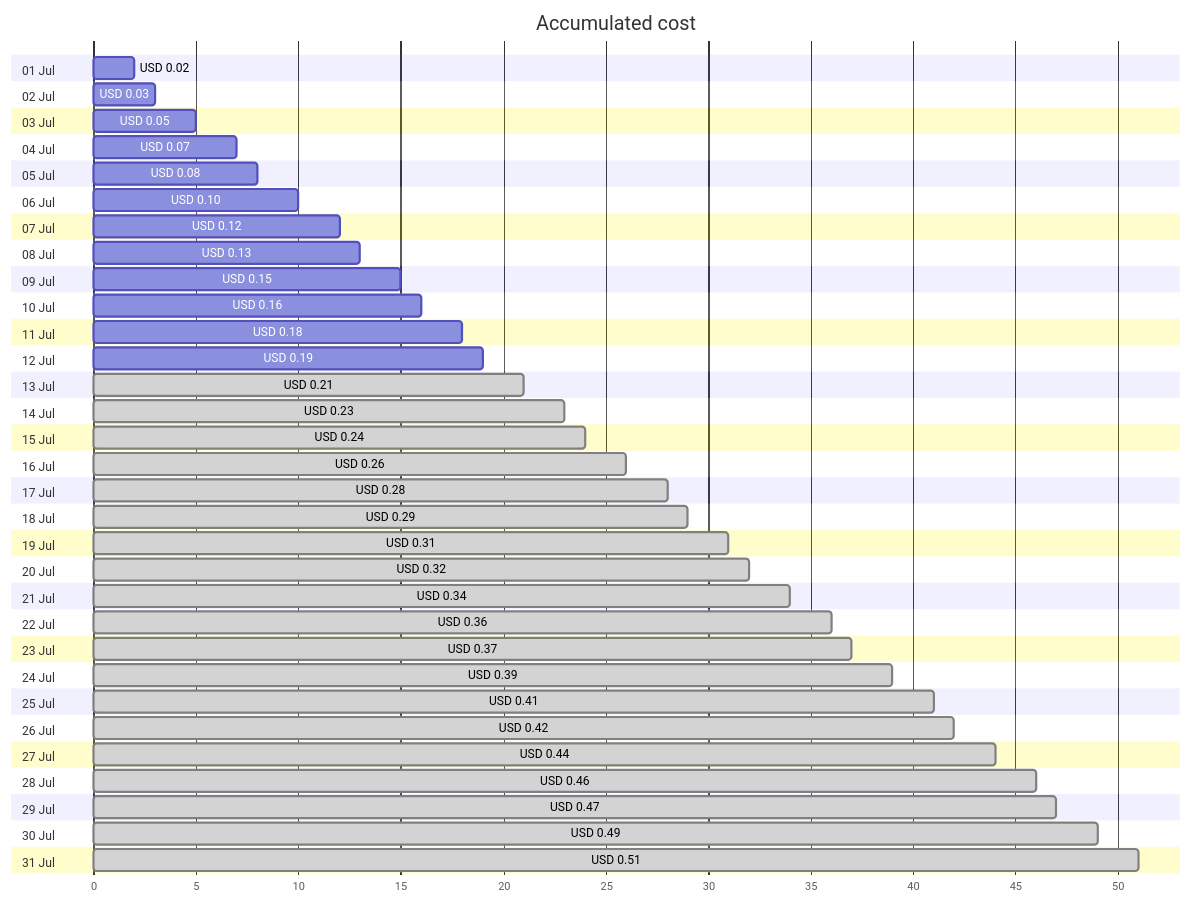
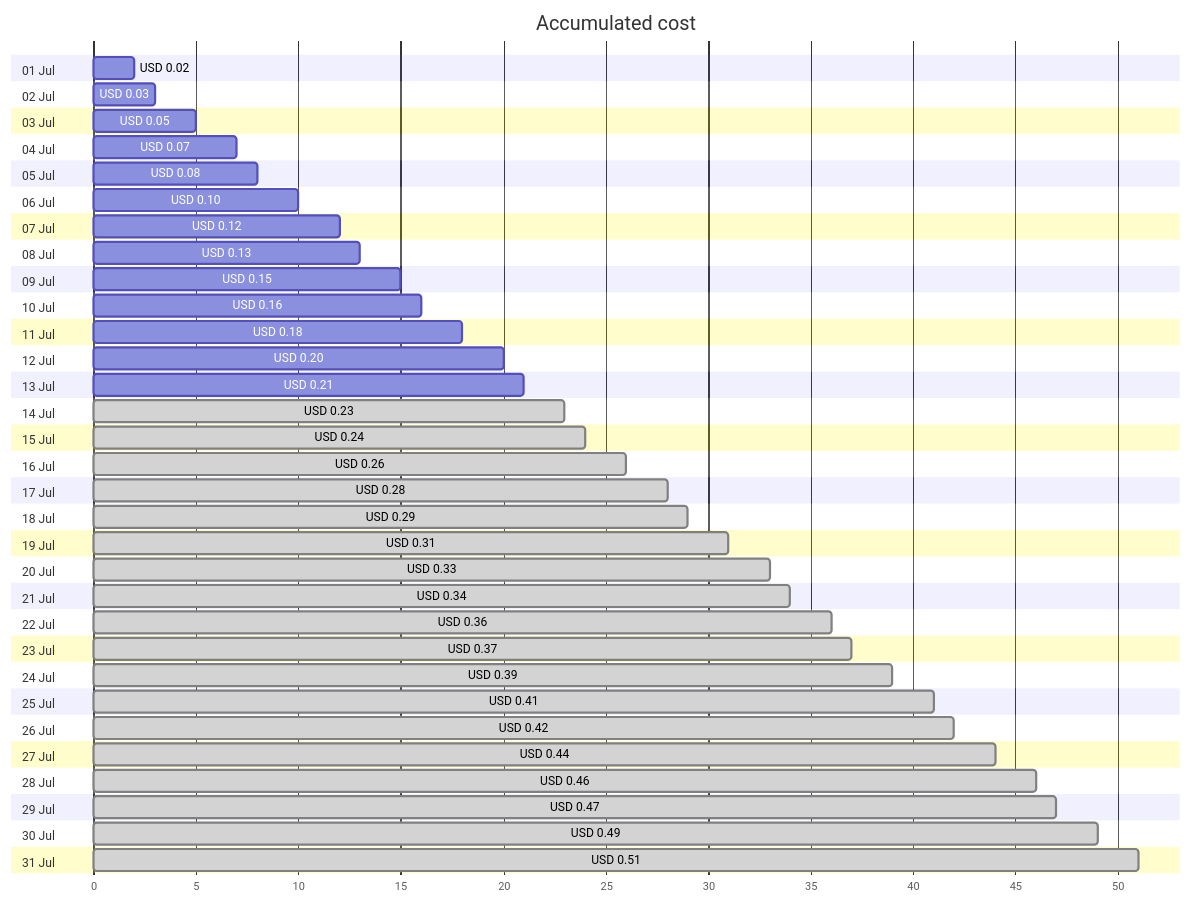
The first of 4 diagrams in cost-reports/personal-dns/jpatrickfulton.com.md (jpfulton/azure-personal-reports), drawn with Mermaid before and after one commit. The commit also changed other lines of this file and 2 other files, not shown here.

````diff
--- a/cost-reports/personal-dns/jpatrickfulton.com.md
+++ b/cost-reports/personal-dns/jpatrickfulton.com.md
@@ -20,68 +20,68 @@
 ```mermaid
 gantt
    title Accumulated cost
    dateFormat  X
    axisFormat %s
    section 01 Jul
    USD 0.02 :0, 2
    section 02 Jul
    USD 0.03 :0, 3
    section 03 Jul
    USD 0.05 :0, 5
    section 04 Jul
    USD 0.07 :0, 7
    section 05 Jul
    USD 0.08 :0, 8
    section 06 Jul
    USD 0.10 :0, 10
    section 07 Jul
    USD 0.12 :0, 12
    section 08 Jul
    USD 0.13 :0, 13
    section 09 Jul
    USD 0.15 :0, 15
    section 10 Jul
    USD 0.16 :0, 16
    section 11 Jul
    USD 0.18 :0, 18
    section 12 Jul
-   USD 0.19 :0, 19
+   USD 0.20 :0, 20
    section 13 Jul
-   USD 0.21 : done, 0, 21
+   USD 0.21 :0, 21
    section 14 Jul
    USD 0.23 : done, 0, 23
    section 15 Jul
    USD 0.24 : done, 0, 24
    section 16 Jul
    USD 0.26 : done, 0, 26
    section 17 Jul
    USD 0.28 : done, 0, 28
    section 18 Jul
    USD 0.29 : done, 0, 29
    section 19 Jul
    USD 0.31 : done, 0, 31
    section 20 Jul
-   USD 0.32 : done, 0, 32
+   USD 0.33 : done, 0, 33
    section 21 Jul
    USD 0.34 : done, 0, 34
    section 22 Jul
    USD 0.36 : done, 0, 36
    section 23 Jul
    USD 0.37 : done, 0, 37
    section 24 Jul
    USD 0.39 : done, 0, 39
    section 25 Jul
    USD 0.41 : done, 0, 41
    section 26 Jul
    USD 0.42 : done, 0, 42
    section 27 Jul
    USD 0.44 : done, 0, 44
    section 28 Jul
    USD 0.46 : done, 0, 46
    section 29 Jul
    USD 0.47 : done, 0, 47
    section 30 Jul
    USD 0.49 : done, 0, 49
    section 31 Jul
    USD 0.51 : done, 0, 51
 ```
````
